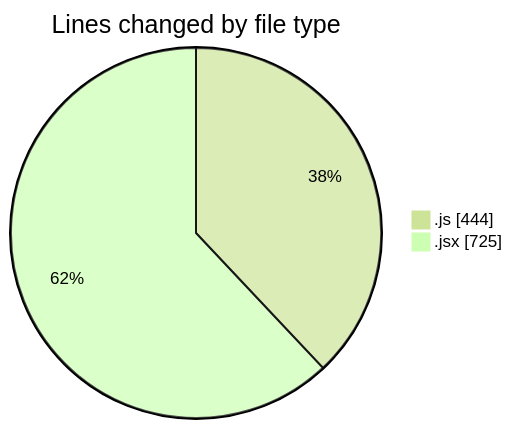
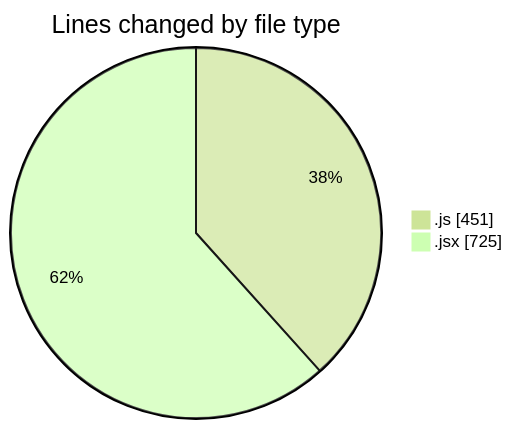
Before and after one commit to nxtqubesakshisongat/code-tracking: the first of 2 diagrams in 2025-05-29/nxtqube_webapp/README.md, drawn with Mermaid (forest theme). The commit also changed other lines of this file and 1 other file, not shown here.

````diff
--- a/2025-05-29/nxtqube_webapp/README.md
+++ b/2025-05-29/nxtqube_webapp/README.md
@@ -29,6 +29,6 @@
 ```mermaid
 pie showData
 title Lines changed by file type
-".js" : 444
+".js" : 451
 ".jsx" : 725
 ```
````
